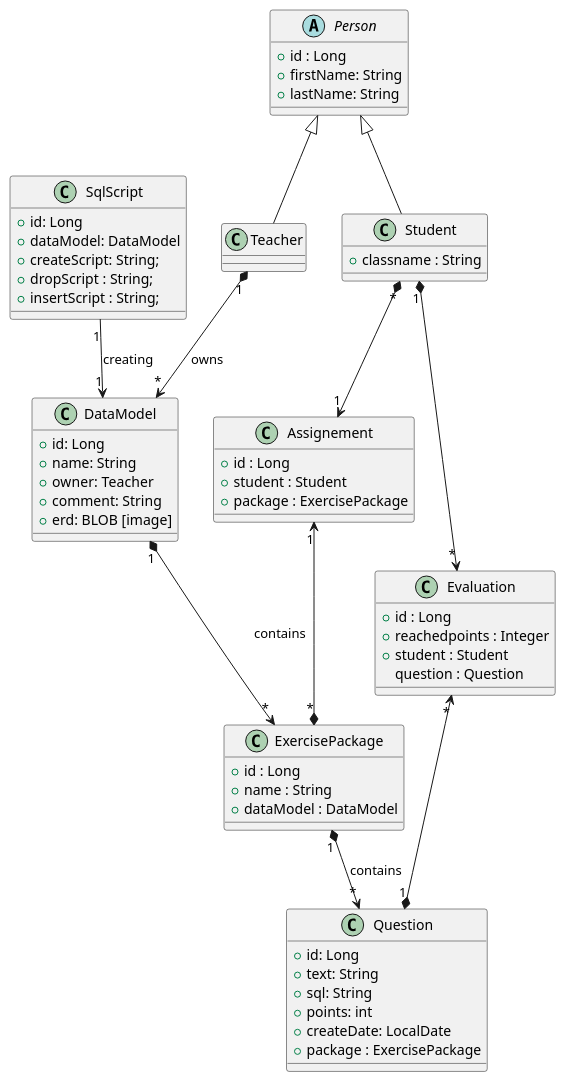
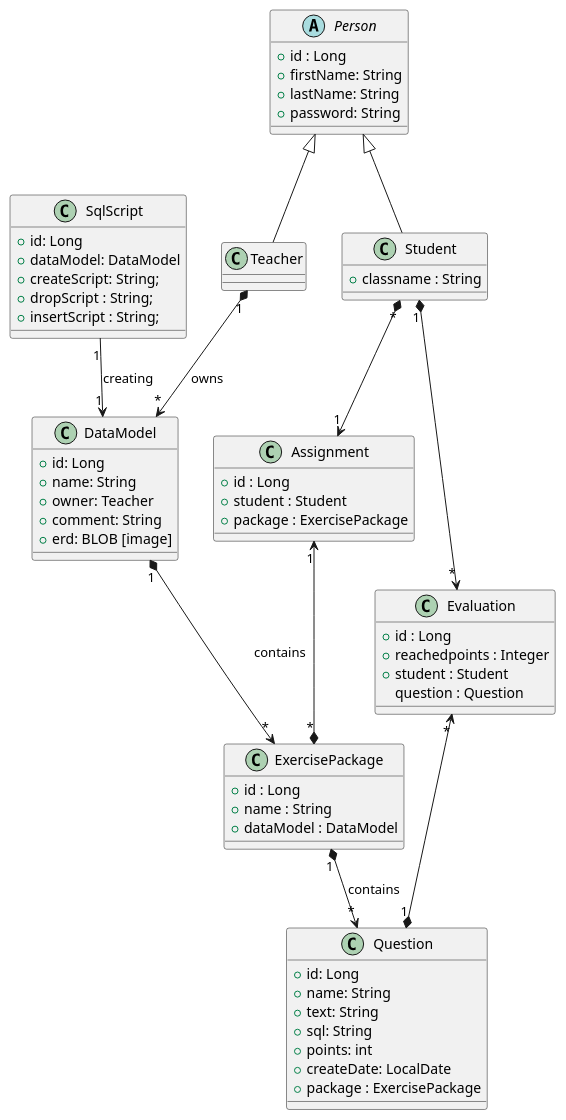
One commit to htl-leonding-project/leo-database-learner changed the diagram in asciidocs/plantuml/cld_update.puml. Above: the diagram before and after it, drawn with PlantUML. The commit also changed 11 other files, not shown here.

```diff
--- a/asciidocs/plantuml/cld_update.puml
+++ b/asciidocs/plantuml/cld_update.puml
@@ -1,71 +1,73 @@
  @startuml
 
  class Question {
    + id: Long
+   + name: String
    + text: String
    + sql: String
    + points: int
    + createDate: LocalDate
    + package : ExercisePackage
  }
 
  class DataModel {
    + id: Long
    + name: String
    + owner: Teacher
    + comment: String
    + erd: BLOB [image]
  }
 
  class SqlScript {
    + id: Long
    + dataModel: DataModel
    + createScript: String;
    + dropScript : String;
    + insertScript : String;
  }
 
  class Student{
    + classname : String
  }
 
  class Teacher{
 
  }
 
  abstract class Person {
    + id : Long
    + firstName: String
    + lastName: String
+   + password: String
  }
 
  class ExercisePackage{
    + id : Long
    + name : String
    + dataModel : DataModel
  }
 
- class Assignement{
+ class Assignment{
     + id : Long
     + student : Student
     + package : ExercisePackage
   }
 
   class Evaluation{
     + id : Long
     + reachedpoints : Integer
     + student : Student
     question : Question
   }
 
  Person <|-- Student
  Person <|-- Teacher
  Teacher "1" *--> "*" DataModel :owns
- Student "*" *--> "1" Assignement
- Assignement "1" <--* "*" ExercisePackage
+ Student "*" *--> "1" Assignment
+ Assignment "1" <--* "*" ExercisePackage
  DataModel "1" *--> "*" ExercisePackage : contains
  ExercisePackage "1" *--> "*" Question :contains
  SqlScript "1" --> "1" DataModel :creating
  Student "1" *--> "*" Evaluation
  Evaluation "*" <--* "1" Question
  @enduml
```
